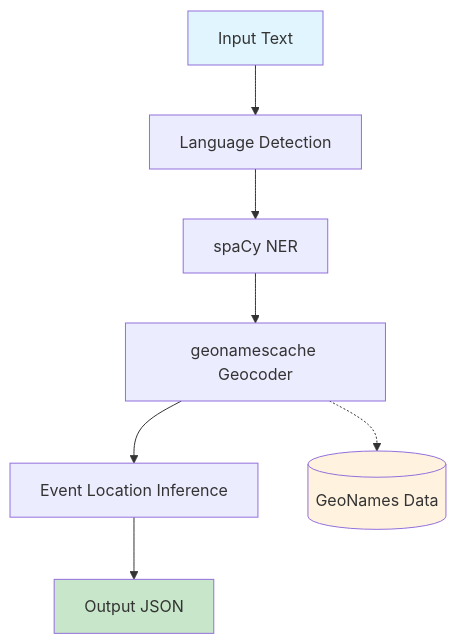
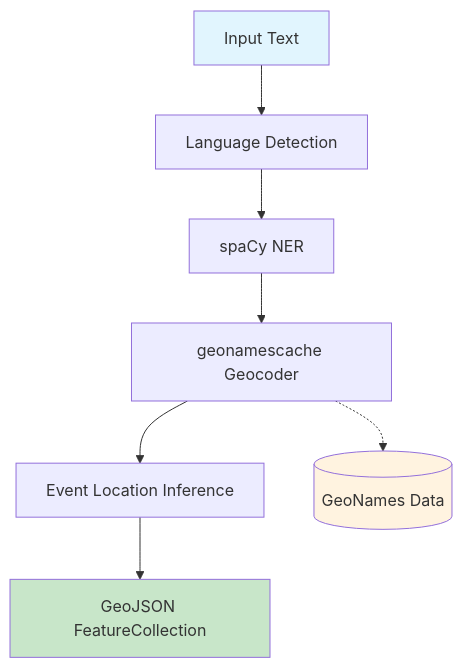
Before and after one commit to ConnectedWanderer/living-map: the first of 2 diagrams in docs/architecture/location-extraction.md, drawn with Mermaid. The commit also changed other lines of this file and 17 other files, not shown here.

````diff
--- a/docs/architecture/location-extraction.md
+++ b/docs/architecture/location-extraction.md
@@ -20,14 +13,14 @@
 ```mermaid
 flowchart TD
     A[Input Text] --> B[Language Detection]
     B --> C[spaCy NER]
     C --> D[geonamescache Geocoder]
     D --> E[Event Location Inference]
-    E --> F[Output JSON]
+    E --> F[GeoJSON FeatureCollection]
 
     D -.-> G[(GeoNames Data)]
 
     style A fill:#e1f5fe
     style F fill:#c8e6c9
     style G fill:#fff3e0
 ```
````
